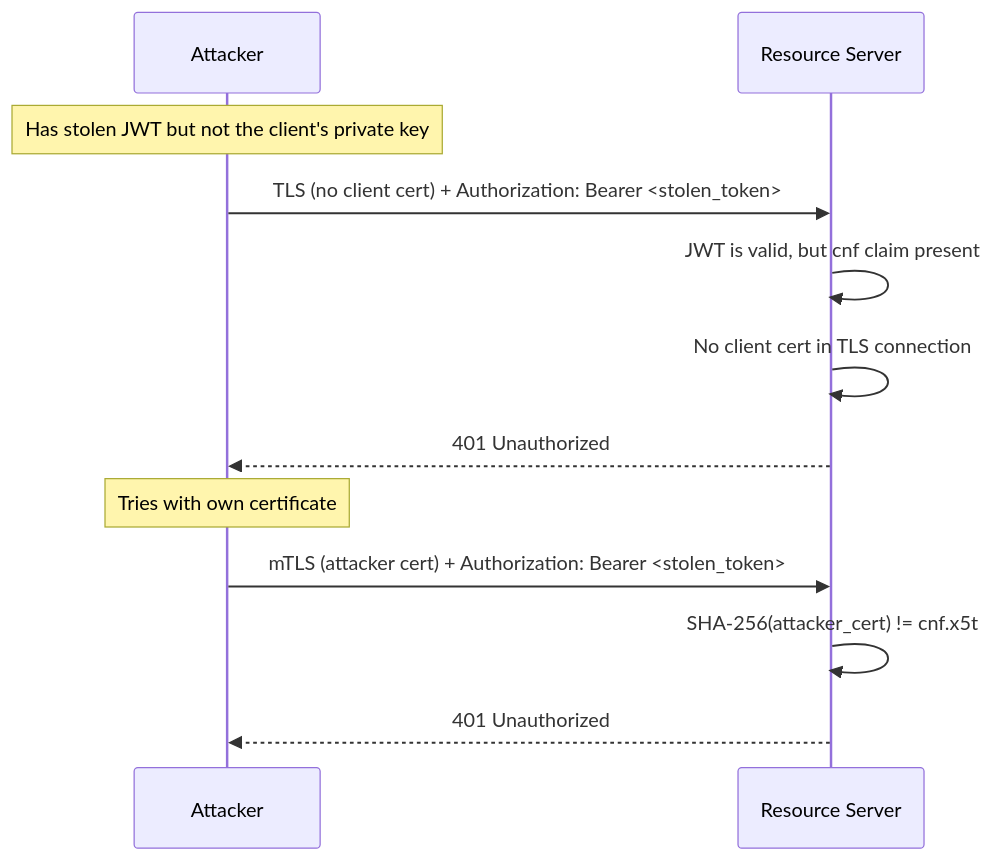
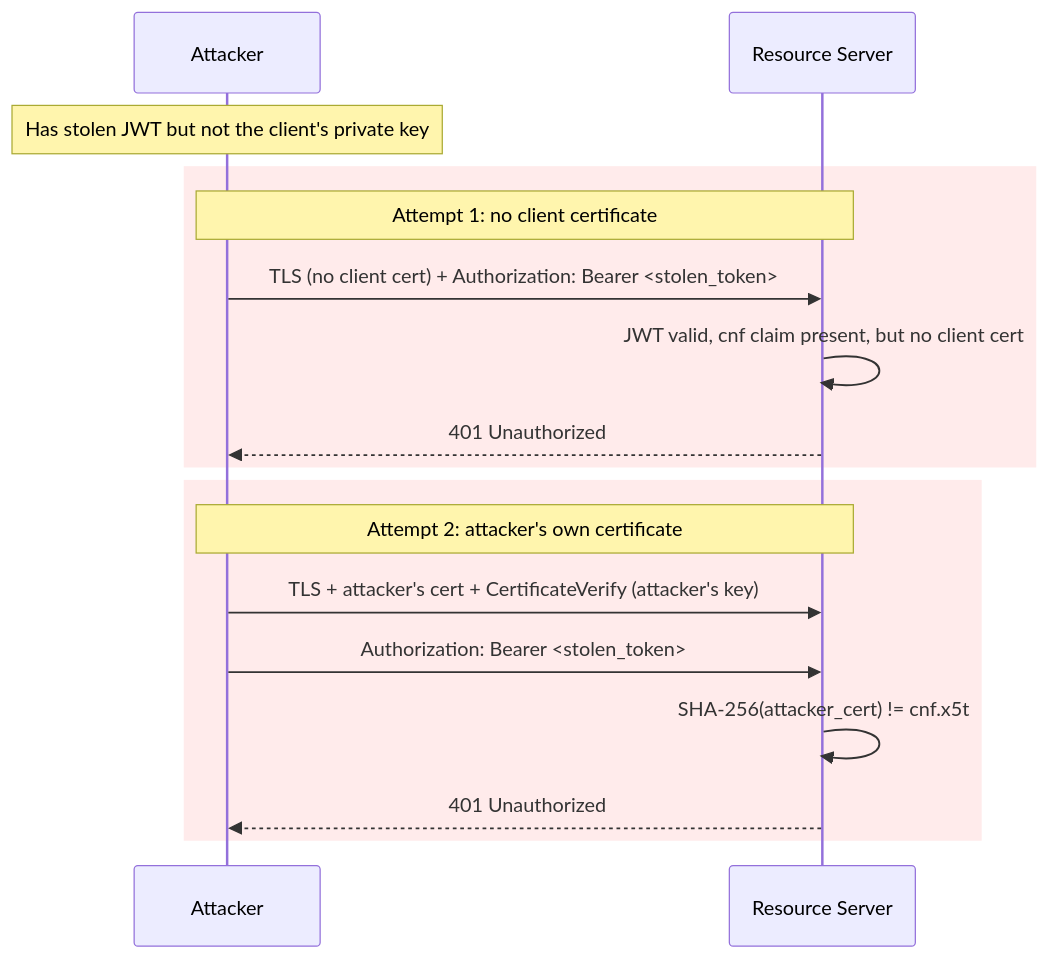
The third of 3 diagrams in README.md (kse-bd8338bbe006/mtls-demo), drawn with Mermaid before and after one commit. The commit also changed other lines of this file, not shown here.

First line of the commit message:
readme: fix diagrams to show mTLS handshake then OAuth flow

````diff
--- a/README.md
+++ b/README.md
@@ -52,17 +76,22 @@
 ```mermaid
 sequenceDiagram
     participant A as Attacker
     participant RS as Resource Server
 
     Note over A: Has stolen JWT but not the client's private key
 
+    rect rgb(255, 235, 235)
+    Note over A,RS: Attempt 1: no client certificate
     A->>RS: TLS (no client cert) + Authorization: Bearer <stolen_token>
-    RS->>RS: JWT is valid, but cnf claim present
-    RS->>RS: No client cert in TLS connection
+    RS->>RS: JWT valid, cnf claim present, but no client cert
     RS-->>A: 401 Unauthorized
+    end
 
-    Note over A: Tries with own certificate
-    A->>RS: mTLS (attacker cert) + Authorization: Bearer <stolen_token>
-    RS->>RS: SHA-256(attacker_cert) != cnf.x5t#S256
+    rect rgb(255, 235, 235)
+    Note over A,RS: Attempt 2: attacker's own certificate
+    A->>RS: TLS + attacker's cert + CertificateVerify (attacker's key)
+    A->>RS: Authorization: Bearer <stolen_token>
+    RS->>RS: SHA-256(attacker_cert) != cnf.x5t#S256 in token
     RS-->>A: 401 Unauthorized
+    end
 ```
````
